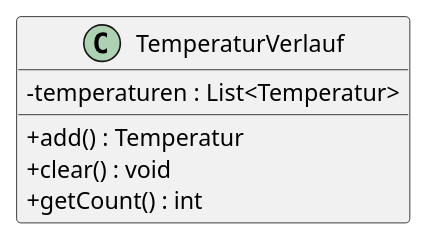
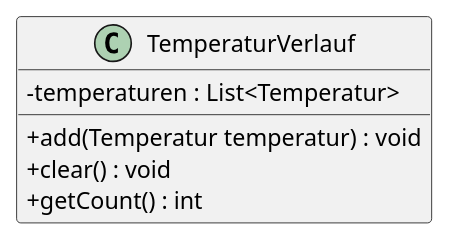
Before and after one commit to th3gumm3l/HSLU_ICS_H25: the diagram in OOP_H25/IntelliJ/oop_maven_aufgaben/src/main/java/ch/hslu/oop/sw08/aufgabe2/TemperaturVerlauf.puml, drawn with PlantUML. The commit also changed 2 other files, not shown here.

```diff
--- a/OOP_H25/IntelliJ/oop_maven_aufgaben/src/main/java/ch/hslu/oop/sw08/aufgabe2/TemperaturVerlauf.puml
+++ b/OOP_H25/IntelliJ/oop_maven_aufgaben/src/main/java/ch/hslu/oop/sw08/aufgabe2/TemperaturVerlauf.puml
@@ -1,12 +1,12 @@
 @startuml
 
 skinparam classAttributeIconSize 0
 
 class TemperaturVerlauf {
     - temperaturen : List<Temperatur>
-    + add() : Temperatur
+    + add(Temperatur temperatur) : void
     + clear() : void
     + getCount() : int
 }
 
 @enduml
```
